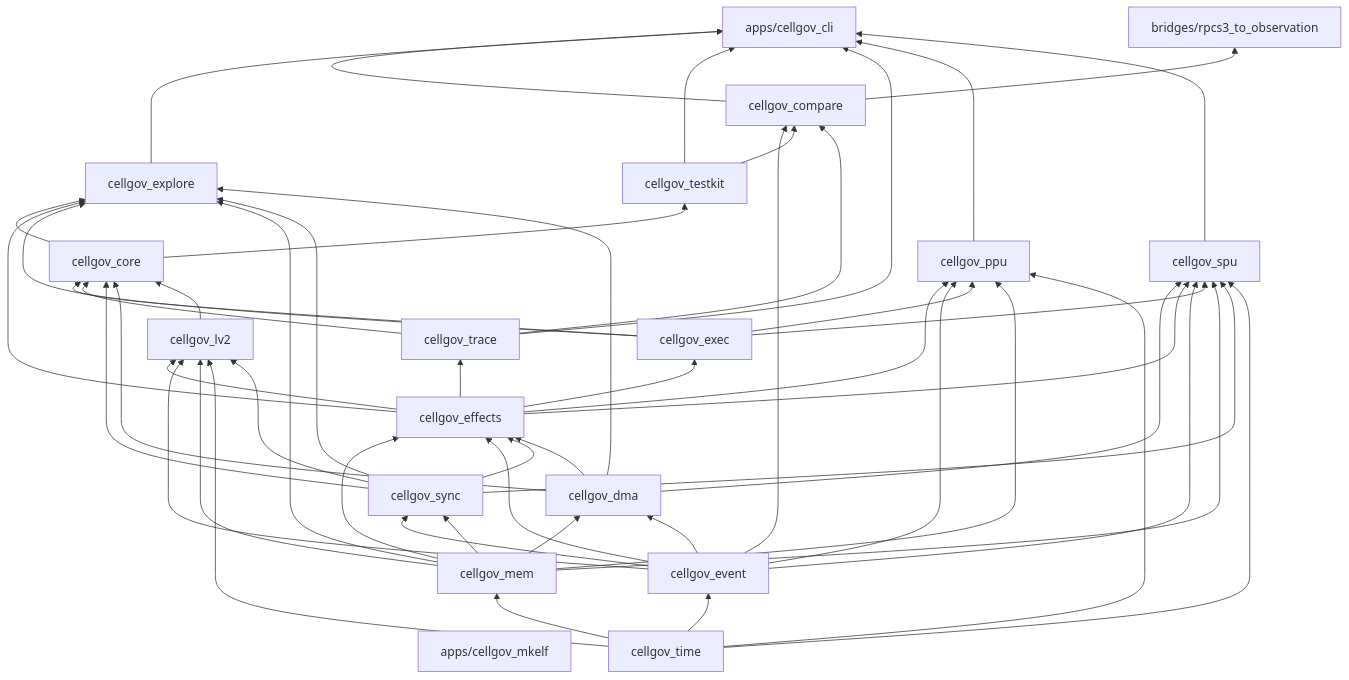
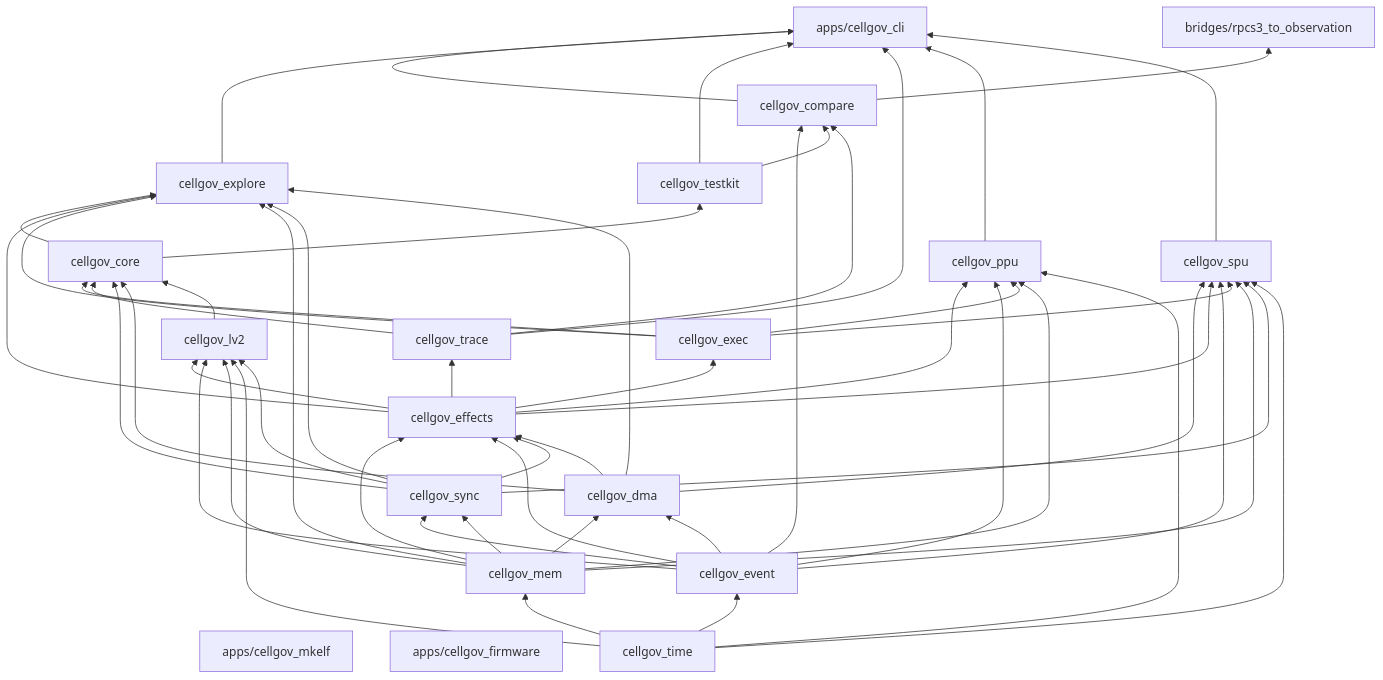
One commit to RoyalAce22/CellGov changed the diagram in docs/architecture.md. Above: the diagram before and after it, drawn with Mermaid. The commit also changed other lines of this file and 15 other files, not shown here.

````diff
--- a/docs/architecture.md
+++ b/docs/architecture.md
@@ -20,73 +20,74 @@
 ```mermaid
 graph BT
   cli["apps/cellgov_cli"]
   mkelf["apps/cellgov_mkelf"]
+  firmware["apps/cellgov_firmware"]
   rpcs3obs["bridges/rpcs3_to_observation"]
   explore[cellgov_explore]
   compare[cellgov_compare]
   testkit[cellgov_testkit]
   core[cellgov_core]
   lv2[cellgov_lv2]
   ppu[cellgov_ppu]
   spu[cellgov_spu]
   exec[cellgov_exec]
   trace[cellgov_trace]
   sync[cellgov_sync]
   dma[cellgov_dma]
   effects[cellgov_effects]
   mem[cellgov_mem]
   event[cellgov_event]
   time[cellgov_time]
 
   time --> mem
   time --> event
   event --> sync
   mem --> sync
   mem --> dma
   event --> dma
   mem --> effects
   event --> effects
   sync --> effects
   dma --> effects
   effects --> exec
   effects --> trace
   effects --> lv2
   event --> lv2
   mem --> lv2
   time --> lv2
   sync --> lv2
   exec --> core
   trace --> core
   sync --> core
   dma --> core
   lv2 --> core
   core --> testkit
   core --> explore
   effects --> explore
   exec --> explore
   mem --> explore
   sync --> explore
   dma --> explore
   event --> compare
   testkit --> compare
   trace --> compare
   effects --> ppu
   event --> ppu
   exec --> ppu
   mem --> ppu
   time --> ppu
   dma --> spu
   effects --> spu
   event --> spu
   exec --> spu
   mem --> spu
   sync --> spu
   time --> spu
   compare --> cli
   explore --> cli
   testkit --> cli
   trace --> cli
   ppu --> cli
   spu --> cli
   compare --> rpcs3obs
 ```
````
